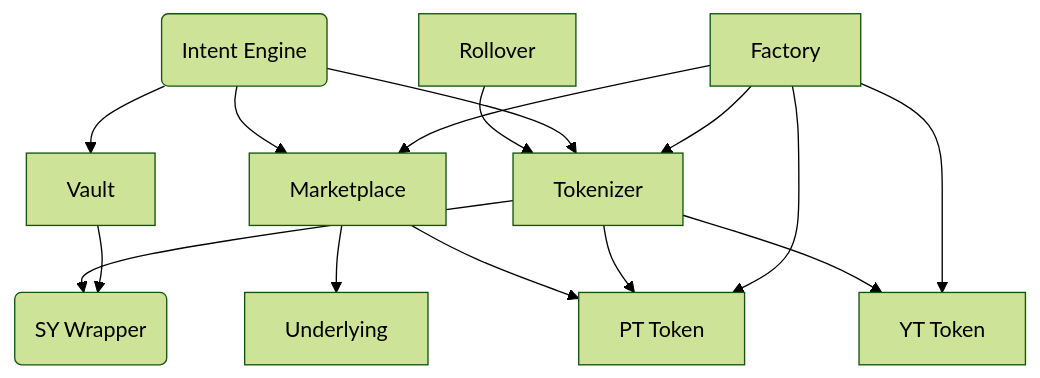
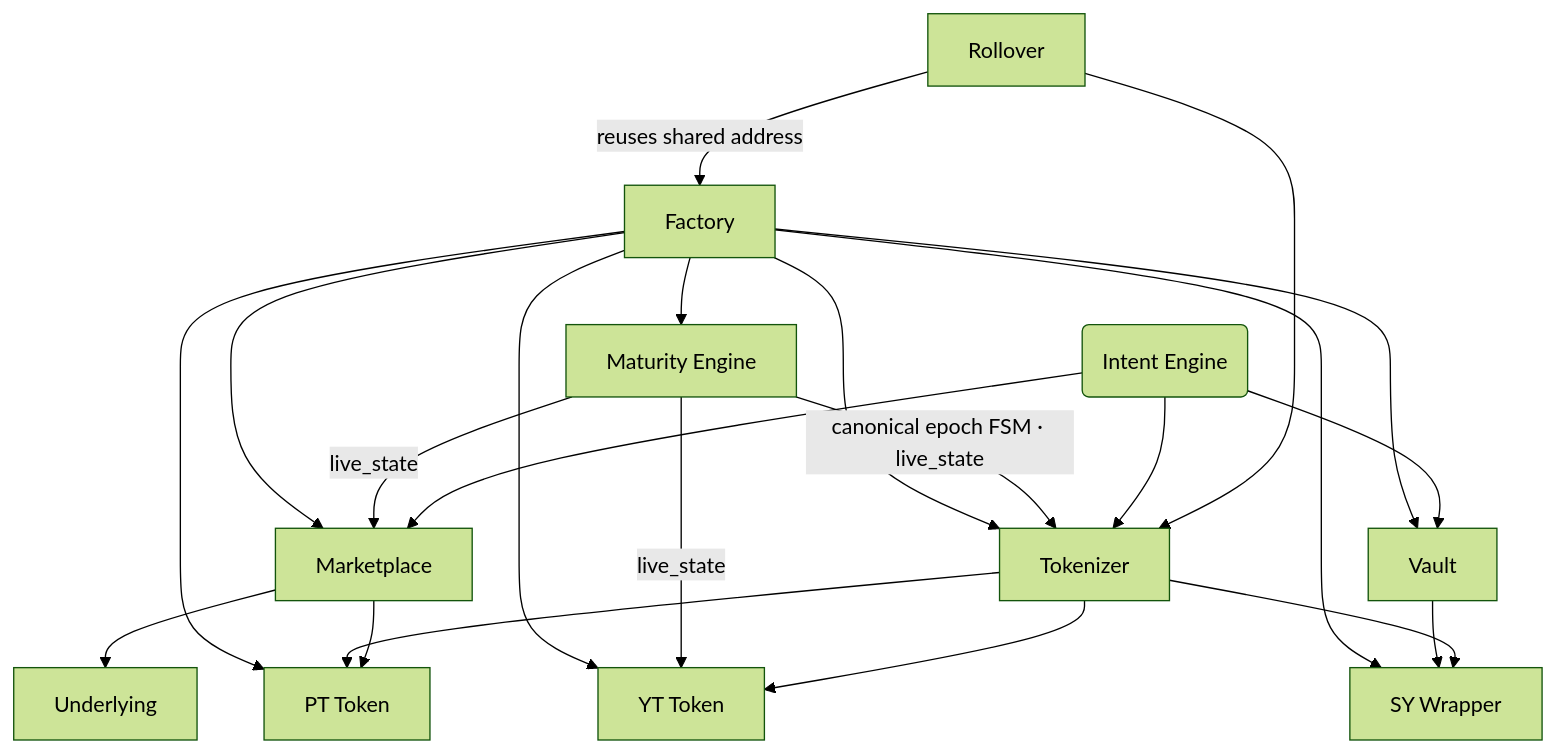
Before and after one commit to Novaire-tech/novaire-testnet: the first of 2 diagrams in docs/protocol/CONTRACTS.md, drawn with Mermaid (forest theme). The commit also changed other lines of this file and 4 other files, not shown here.

````diff
--- a/docs/protocol/CONTRACTS.md
+++ b/docs/protocol/CONTRACTS.md
@@ -7,21 +9,29 @@
 ```mermaid
 graph TD
+    Factory --> ME[Maturity Engine]
     Factory --> Tokenizer
     Factory --> Marketplace
+    Factory --> SY[SY Wrapper]
+    Factory --> Vault
     Factory --> PT[PT Token]
     Factory --> YT[YT Token]
-    
+
+    ME -->|canonical epoch FSM · live_state| Tokenizer
+    ME -->|live_state| YT
+    ME -->|live_state| Marketplace
+
     IE(Intent Engine) --> Vault
     IE --> Tokenizer
     IE --> Marketplace
-    
-    Vault --> SY(SY Wrapper)
+
+    Vault --> SY
     Tokenizer --> SY
     Tokenizer --> PT
     Tokenizer --> YT
-    
+
     Marketplace --> PT
     Marketplace --> U[Underlying]
-    
+
     Rollover --> Tokenizer
+    Rollover -->|reuses shared address| Factory
 ```
````
